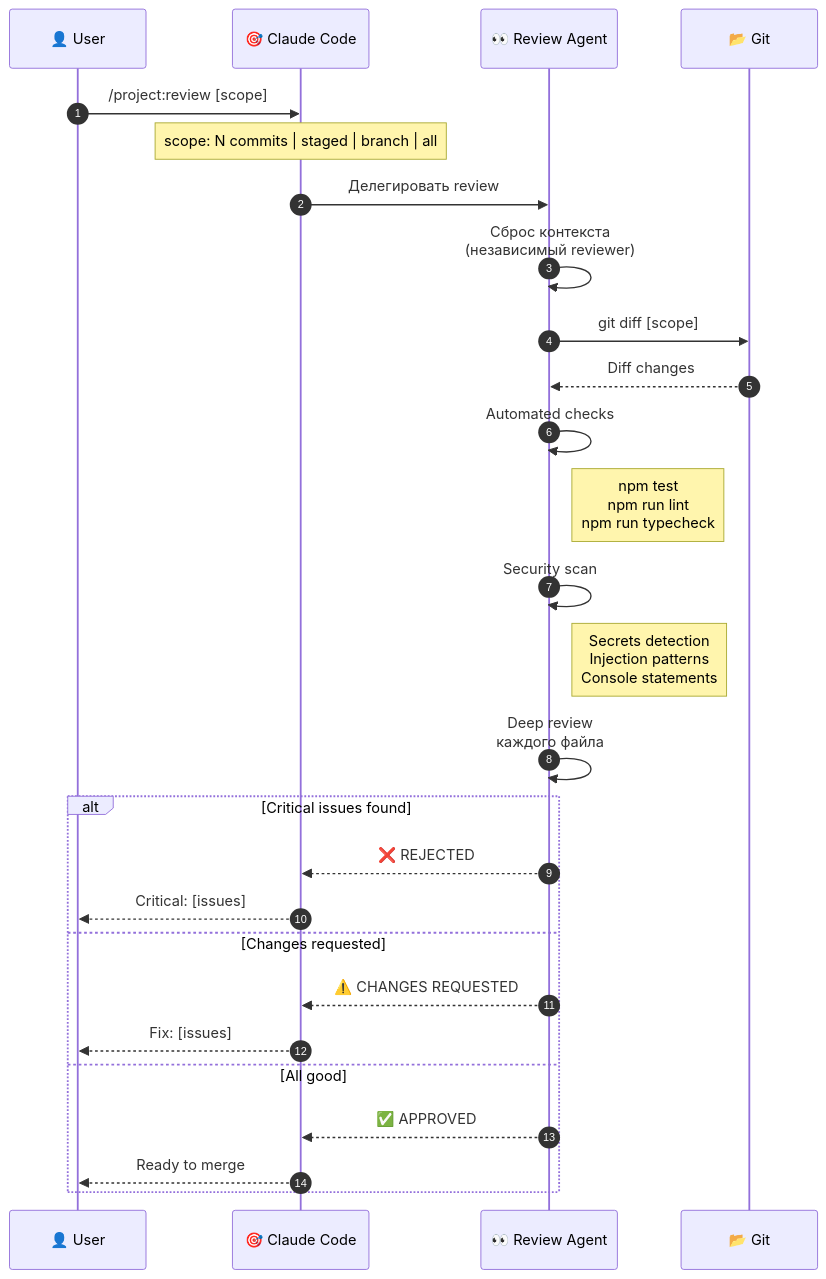
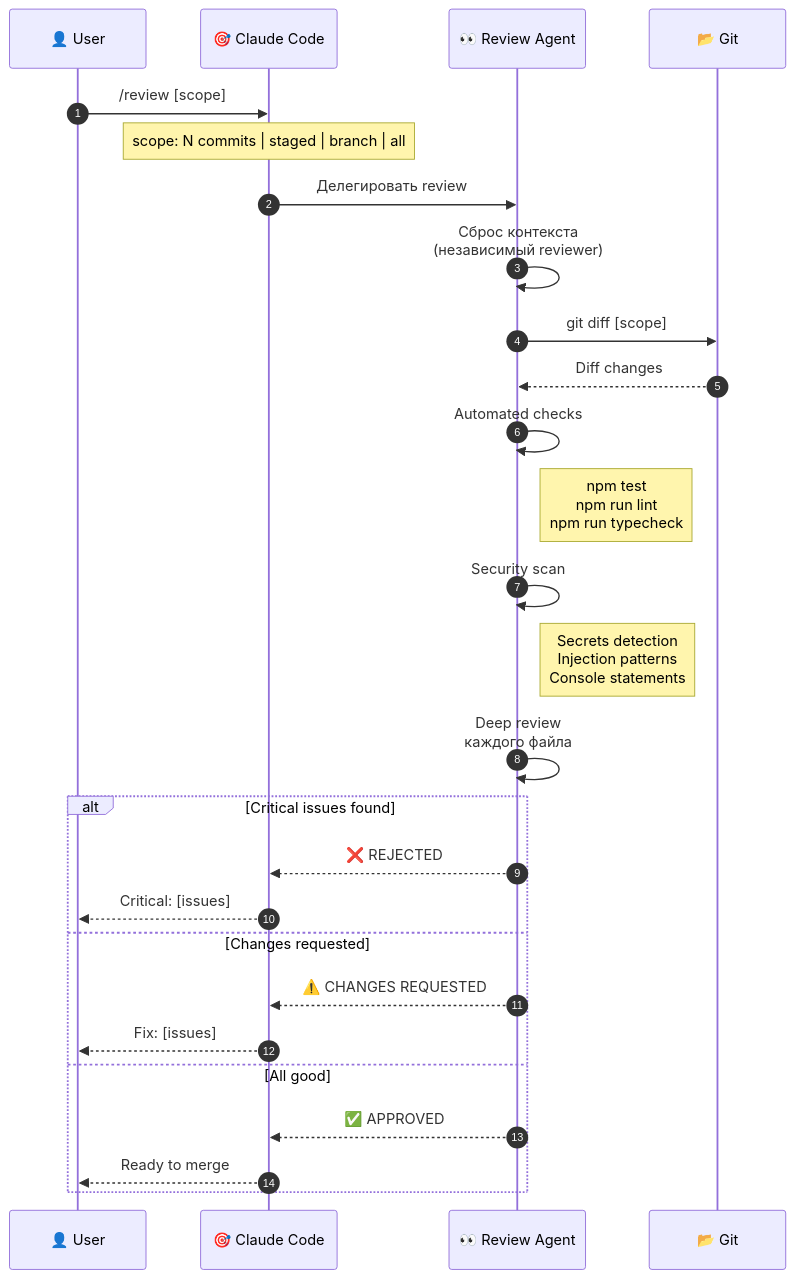
One commit to nikitaCodeSave/Claude-Code-Kit changed the eighth of 12 diagrams in SCENARIOS.md. Above: the diagram before and after it, drawn with Mermaid. The commit also changed other lines of this file and 17 other files, not shown here.

````diff
--- a/SCENARIOS.md
+++ b/SCENARIOS.md
@@ -354,38 +354,38 @@
 ```mermaid
 sequenceDiagram
     autonumber
     participant U as 👤 User
     participant C as 🎯 Claude Code
     participant R as 👀 Review Agent
     participant G as 📂 Git
 
-    U->>C: /project:review [scope]
+    U->>C: /review [scope]
     
     Note over C: scope: N commits | staged | branch | all
     
     C->>R: Делегировать review
     
     R->>R: Сброс контекста<br/>(независимый reviewer)
     
     R->>G: git diff [scope]
     G-->>R: Diff changes
     
     R->>R: Automated checks
     Note right of R: npm test<br/>npm run lint<br/>npm run typecheck
     
     R->>R: Security scan
     Note right of R: Secrets detection<br/>Injection patterns<br/>Console statements
     
     R->>R: Deep review<br/>каждого файла
     
     alt Critical issues found
         R-->>C: ❌ REJECTED
         C-->>U: Critical: [issues]
     else Changes requested
         R-->>C: ⚠️ CHANGES REQUESTED
         C-->>U: Fix: [issues]
     else All good
         R-->>C: ✅ APPROVED
         C-->>U: Ready to merge
     end
 ```
````
